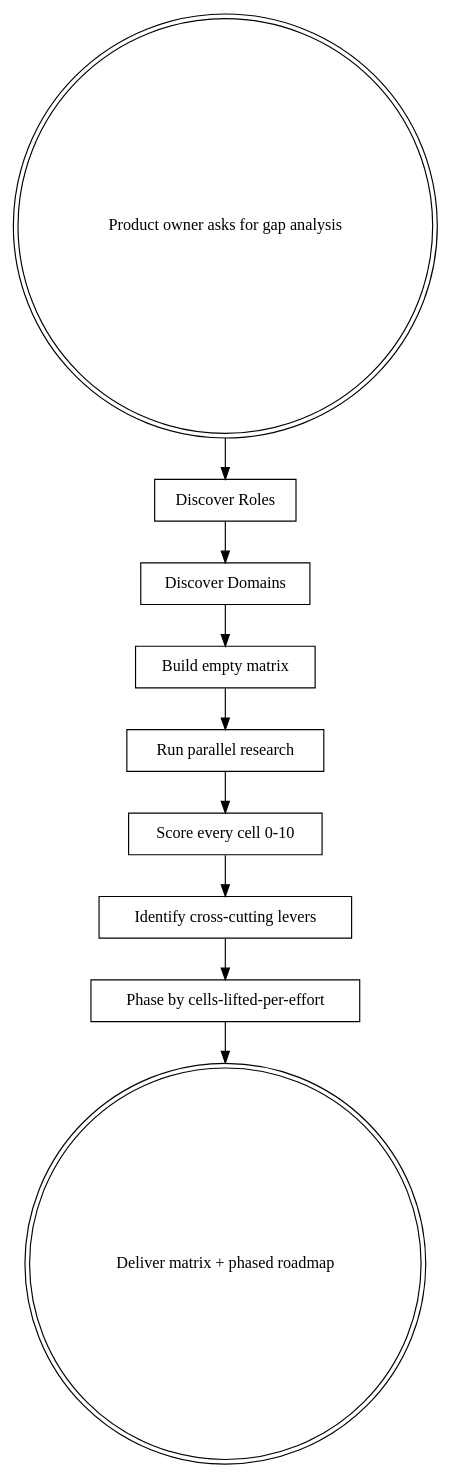
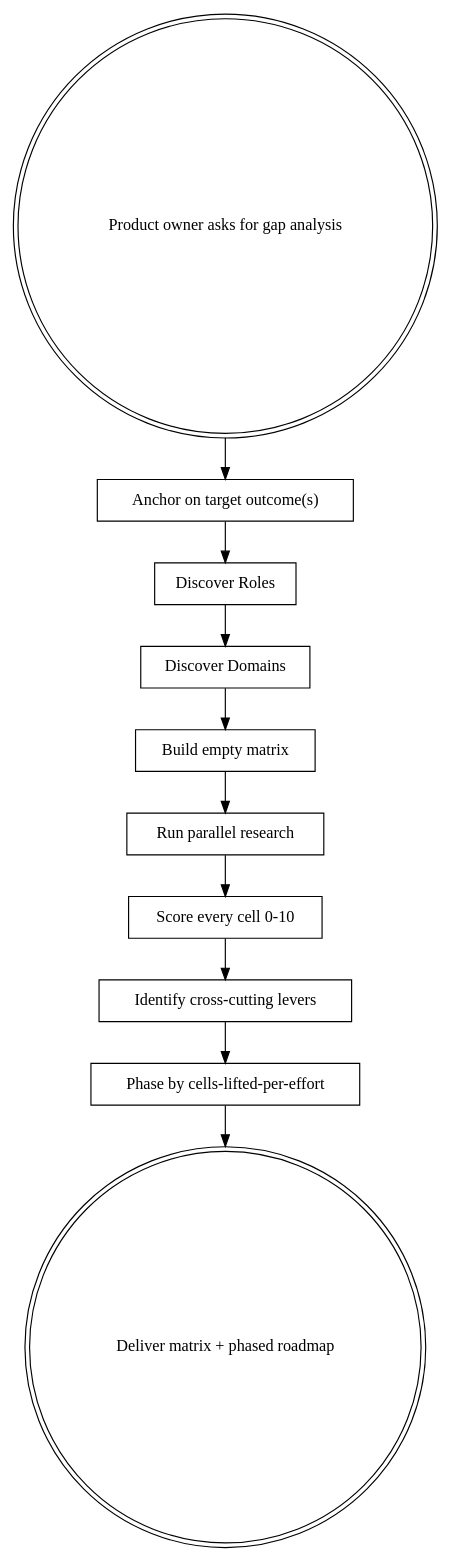
Before and after one commit to jackneil/claude-jacked: the diagram in jacked/data/skills/coverage-matrix/SKILL.md, drawn with Graphviz. The commit also changed other lines of this file and 61 other files, not shown here.

````diff
--- a/jacked/data/skills/coverage-matrix/SKILL.md
+++ b/jacked/data/skills/coverage-matrix/SKILL.md
@@ -27,22 +27,24 @@
 ```dot
 digraph coverage_matrix {
     "Product owner asks for gap analysis" [shape=doublecircle];
+    "Anchor on target outcome(s)" [shape=box];
     "Discover Roles" [shape=box];
     "Discover Domains" [shape=box];
     "Build empty matrix" [shape=box];
     "Run parallel research" [shape=box];
     "Score every cell 0-10" [shape=box];
     "Identify cross-cutting levers" [shape=box];
     "Phase by cells-lifted-per-effort" [shape=box];
     "Deliver matrix + phased roadmap" [shape=doublecircle];
 
-    "Product owner asks for gap analysis" -> "Discover Roles";
+    "Product owner asks for gap analysis" -> "Anchor on target outcome(s)";
+    "Anchor on target outcome(s)" -> "Discover Roles";
     "Discover Roles" -> "Discover Domains";
     "Discover Domains" -> "Build empty matrix";
     "Build empty matrix" -> "Run parallel research";
     "Run parallel research" -> "Score every cell 0-10";
     "Score every cell 0-10" -> "Identify cross-cutting levers";
     "Identify cross-cutting levers" -> "Phase by cells-lifted-per-effort";
     "Phase by cells-lifted-per-effort" -> "Deliver matrix + phased roadmap";
 }
 ```
````
